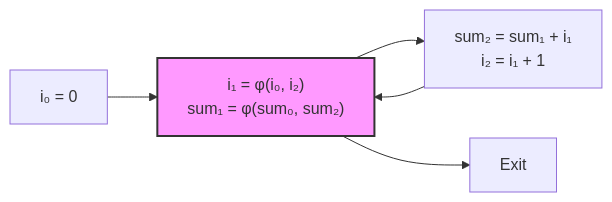
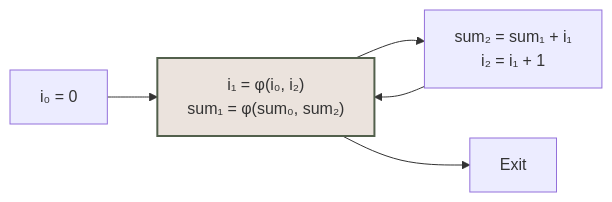
One commit to yaklang/ssa.to changed the eighth of 11 diagrams in static-analysis-guide/ssa-for-advanced-language-2.mdx. Above: the diagram before and after it, drawn with Mermaid. The commit also changed other lines of this file and 91 other files, not shown here.

````diff
--- a/static-analysis-guide/ssa-for-advanced-language-2.mdx
+++ b/static-analysis-guide/ssa-for-advanced-language-2.mdx
@@ -359,9 +367,9 @@
 ```mermaid
 graph LR
     A["i₀ = 0"] --> B["i₁ = φ(i₀, i₂)<br/>sum₁ = φ(sum₀, sum₂)"]
     B --> C["sum₂ = sum₁ + i₁<br/>i₂ = i₁ + 1"]
     C --> B
     B --> D["Exit"]
 
-    style B fill:#f9f,stroke:#333,stroke-width:2px
+    style B fill:#ebe3dd,stroke:#52604c,stroke-width:2px
 ```
````
